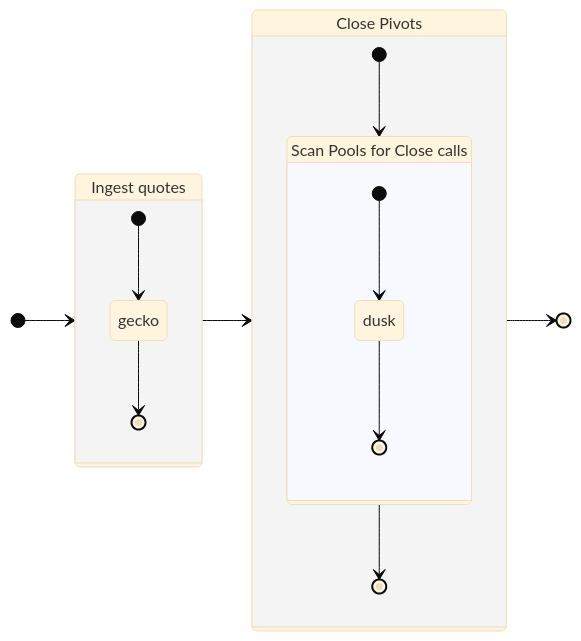
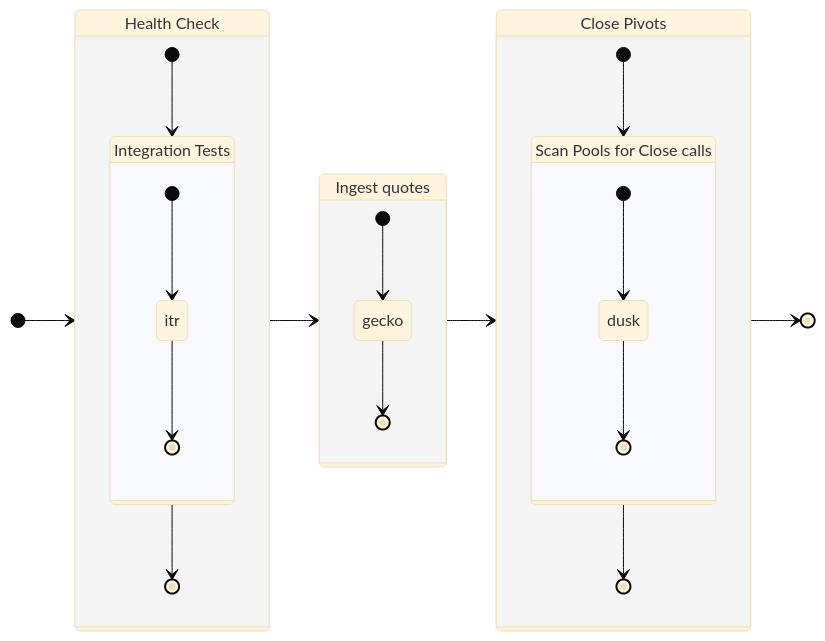
Before and after one commit to pivoteur/protocol: the diagram in dapps/README.md, drawn with Mermaid (base theme). The commit also changed other lines of this file, not shown here.

Commit message:
Added integration testing to State diagram

````diff
--- a/dapps/README.md
+++ b/dapps/README.md
@@ -5,25 +5,38 @@
 ```mermaid
 stateDiagram-v2
    direction LR
-   [*] --> Quotes
+   [*] --> Tests
+   Tests --> Quotes
    Quotes --> Closes
    Closes --> [*]
+
+   Tests: Health Check
+   state Tests {
+      [*] --> Integration
+      Integration --> [*]
+
+      Integration: Integration Tests
+      state Integration {
+         [*] --> itr
+         itr --> [*]
+      }
+   }
 
    Quotes: Ingest quotes
    state Quotes {
       [*] --> gecko
       gecko --> [*]
    }
 
    Closes: Close Pivots
    state Closes {
       [*] --> Scan
       Scan --> [*]
 
       Scan: Scan Pools for Close calls
       state Scan {
          [*] --> dusk
          dusk --> [*]
       }
    }
 ```
````
